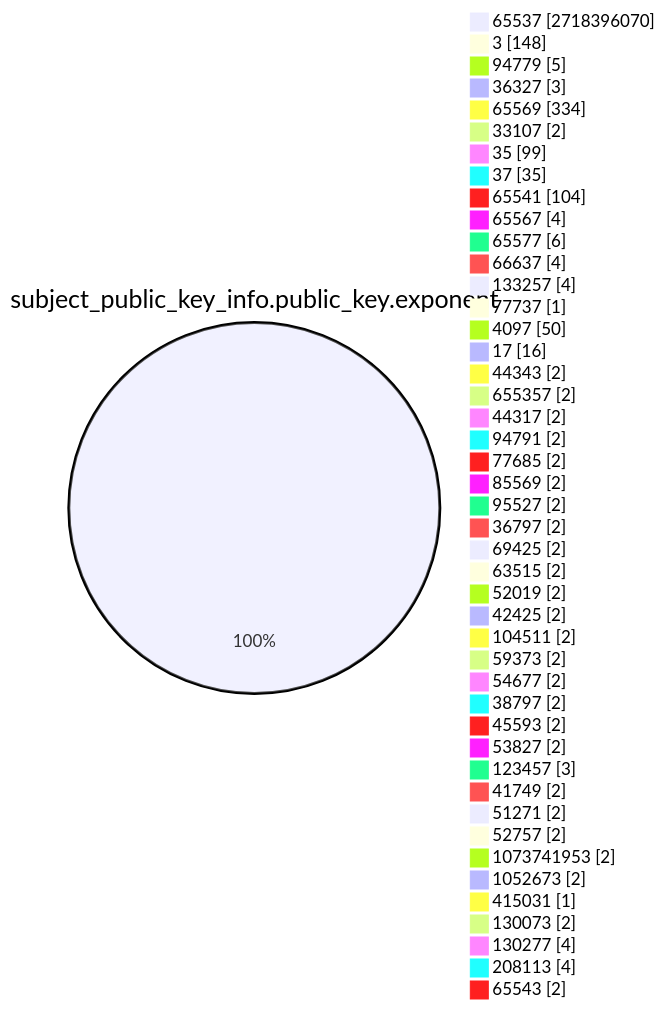
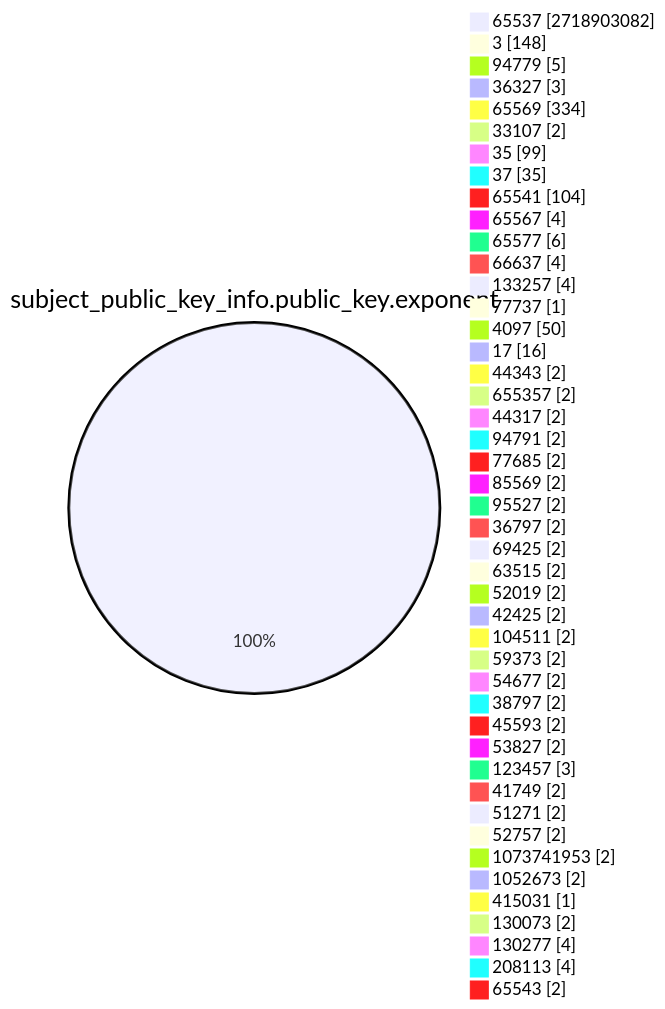
Before and after one commit to christiankrug/ctmonitor_visualization: the fourth of 15 diagrams in TOTAL/README.md, drawn with Mermaid. The commit also changed other lines of this file, not shown here.

````diff
--- a/TOTAL/README.md
+++ b/TOTAL/README.md
@@ -1467,49 +1467,49 @@
 ```mermaid
 pie showData
 title subject_public_key_info.public_key.exponent
-"65537" :2718396070
+"65537" :2718903082
 "3" :148
 "94779" :5
 "36327" :3
 "65569" :334
 "33107" :2
 "35" :99
 "37" :35
 "65541" :104
 "65567" :4
 "65577" :6
 "66637" :4
 "133257" :4
 "77737" :1
 "4097" :50
 "17" :16
 "44343" :2
 "655357" :2
 "44317" :2
 "94791" :2
 "77685" :2
 "85569" :2
 "95527" :2
 "36797" :2
 "69425" :2
 "63515" :2
 "52019" :2
 "42425" :2
 "104511" :2
 "59373" :2
 "54677" :2
 "38797" :2
 "45593" :2
 "53827" :2
 "123457" :3
 "41749" :2
 "51271" :2
 "52757" :2
 "1073741953" :2
 "1052673" :2
 "415031" :1
 "130073" :2
 "130277" :4
 "208113" :4
 "65543" :2
 ```
````
